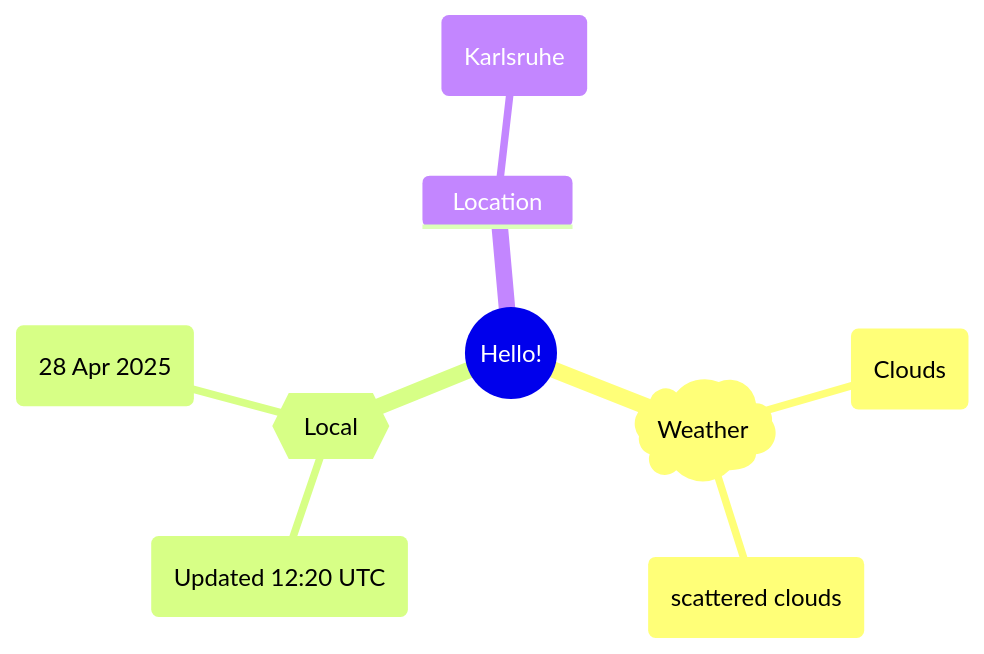
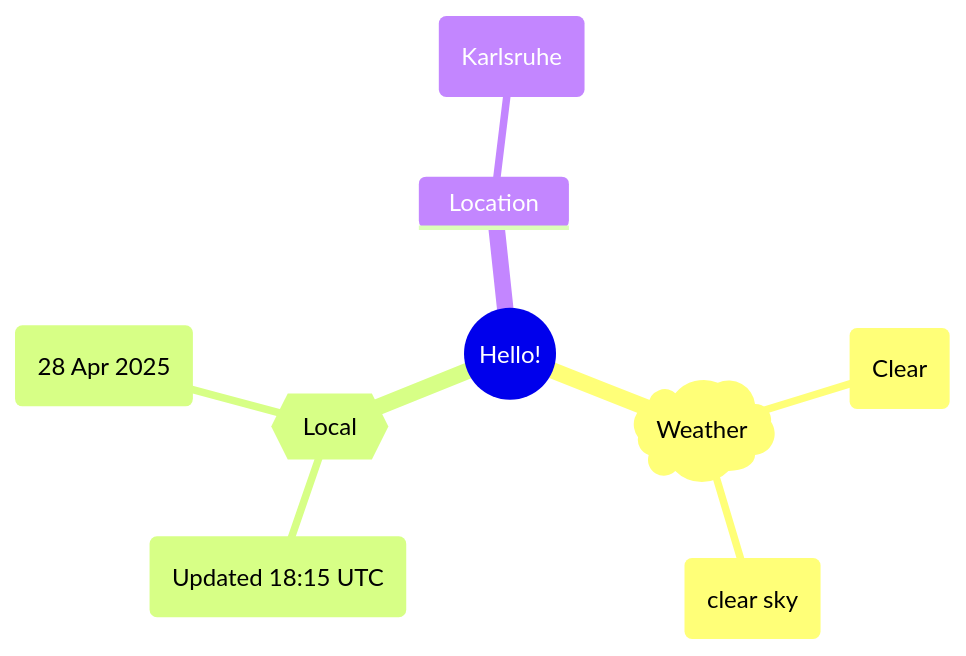
One commit to Xosrov/Xosrov changed the first of 2 diagrams in README.md. Above: the diagram before and after it, drawn with Mermaid.

Commit message:
[bot] updated images

````diff
--- a/README.md
+++ b/README.md
@@ -3,12 +3,12 @@
 ```mermaid
 mindmap
   root((Hello!))
     )Weather(
-        (Clouds)
-        (scattered clouds)
+        (Clear)
+        (clear sky)
     {{Local}}
-        (Updated 12:20 UTC)
+        (Updated 18:15 UTC)
         (28 Apr 2025)
     Location
         (Karlsruhe)
 ```
````
